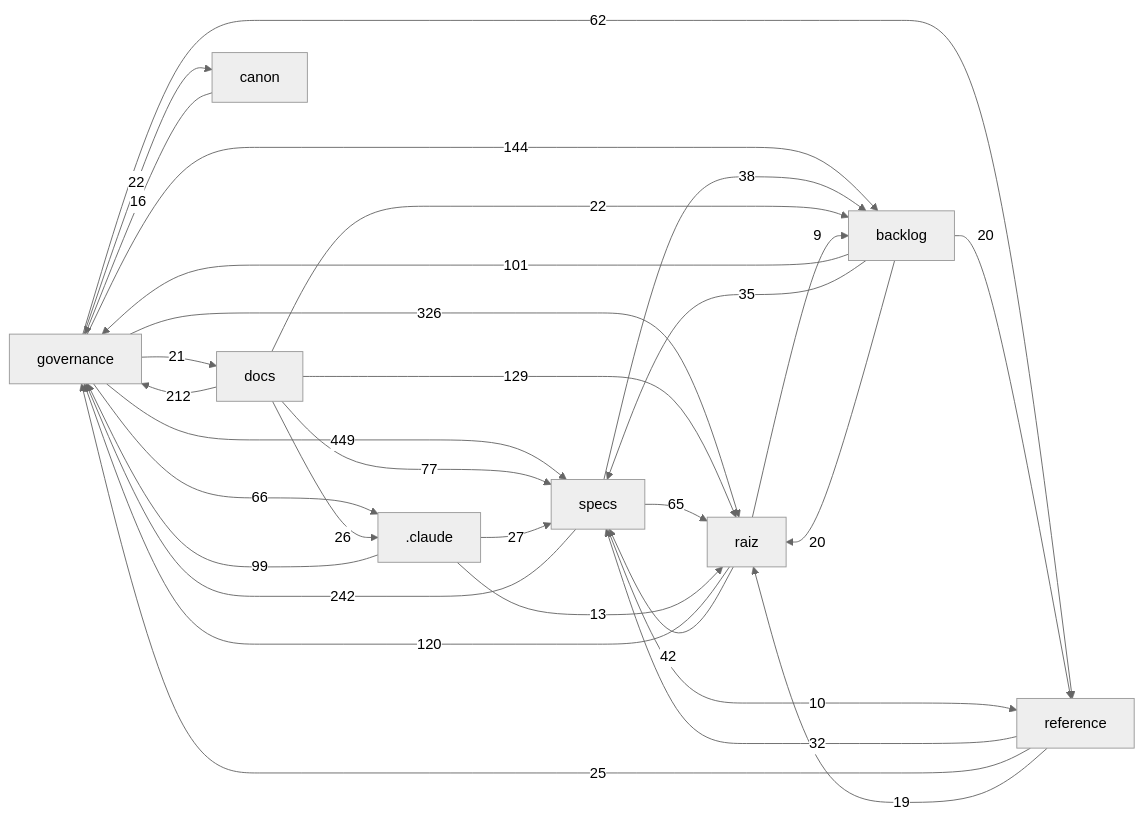
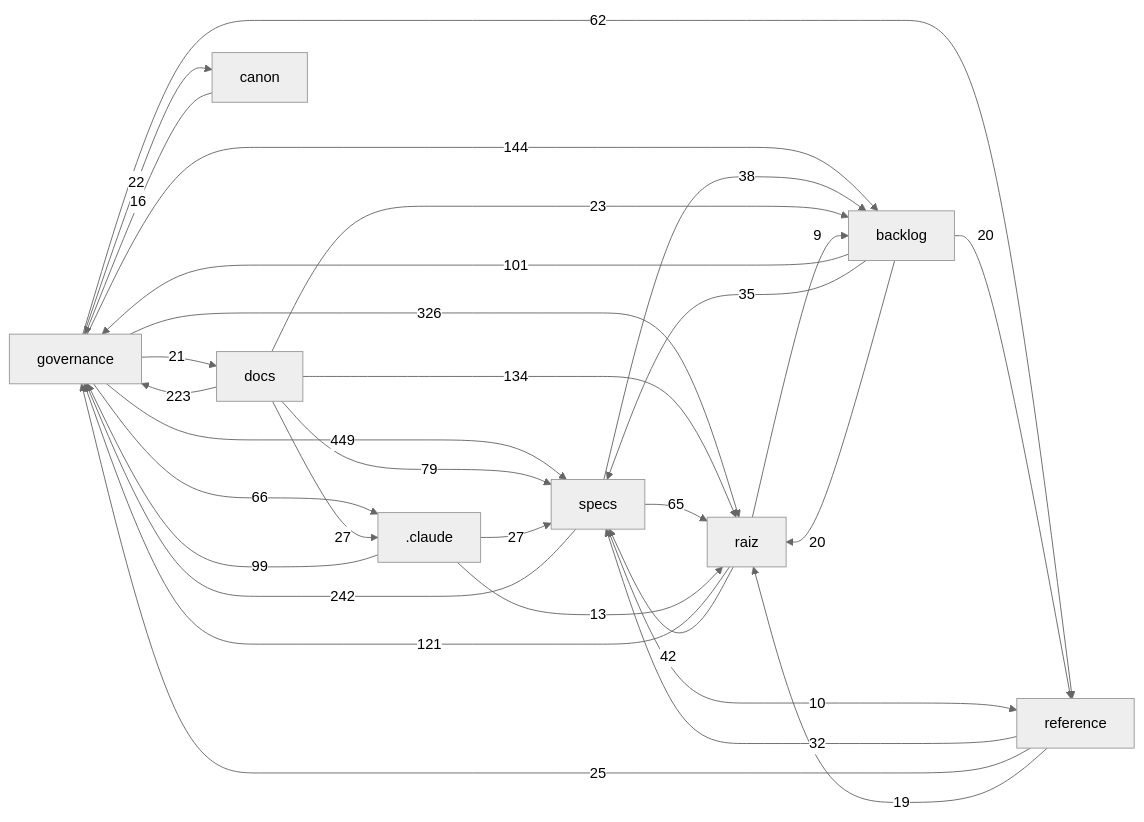
The diagram in docs/mapa/MAPA-PROJETO.md (Andraus35/Sistema-Operacional-de-Trading--SOT), drawn with Mermaid (neutral theme) before and after one commit. The commit also changed other lines of this file and 5 other files, not shown here.

````diff
--- a/docs/mapa/MAPA-PROJETO.md
+++ b/docs/mapa/MAPA-PROJETO.md
@@ -29,33 +29,33 @@
 ```mermaid
 flowchart LR
   governance["governance"] -->|449| specs["specs"]
   governance["governance"] -->|326| raiz["raiz"]
   specs["specs"] -->|242| governance["governance"]
-  docs["docs"] -->|212| governance["governance"]
+  docs["docs"] -->|223| governance["governance"]
   governance["governance"] -->|144| backlog["backlog"]
-  docs["docs"] -->|129| raiz["raiz"]
-  raiz["raiz"] -->|120| governance["governance"]
+  docs["docs"] -->|134| raiz["raiz"]
+  raiz["raiz"] -->|121| governance["governance"]
   backlog["backlog"] -->|101| governance["governance"]
   _claude[".claude"] -->|99| governance["governance"]
-  docs["docs"] -->|77| specs["specs"]
+  docs["docs"] -->|79| specs["specs"]
   governance["governance"] -->|66| _claude[".claude"]
   specs["specs"] -->|65| raiz["raiz"]
   governance["governance"] -->|62| reference["reference"]
   raiz["raiz"] -->|42| specs["specs"]
   specs["specs"] -->|38| backlog["backlog"]
   backlog["backlog"] -->|35| specs["specs"]
   reference["reference"] -->|32| specs["specs"]
   _claude[".claude"] -->|27| specs["specs"]
-  docs["docs"] -->|26| _claude[".claude"]
+  docs["docs"] -->|27| _claude[".claude"]
   reference["reference"] -->|25| governance["governance"]
-  docs["docs"] -->|22| backlog["backlog"]
+  docs["docs"] -->|23| backlog["backlog"]
   governance["governance"] -->|22| canon["canon"]
   governance["governance"] -->|21| docs["docs"]
   backlog["backlog"] -->|20| raiz["raiz"]
   backlog["backlog"] -->|20| reference["reference"]
   reference["reference"] -->|19| raiz["raiz"]
   canon["canon"] -->|16| governance["governance"]
   _claude[".claude"] -->|13| raiz["raiz"]
   specs["specs"] -->|10| reference["reference"]
   raiz["raiz"] -->|9| backlog["backlog"]
 ```
````
